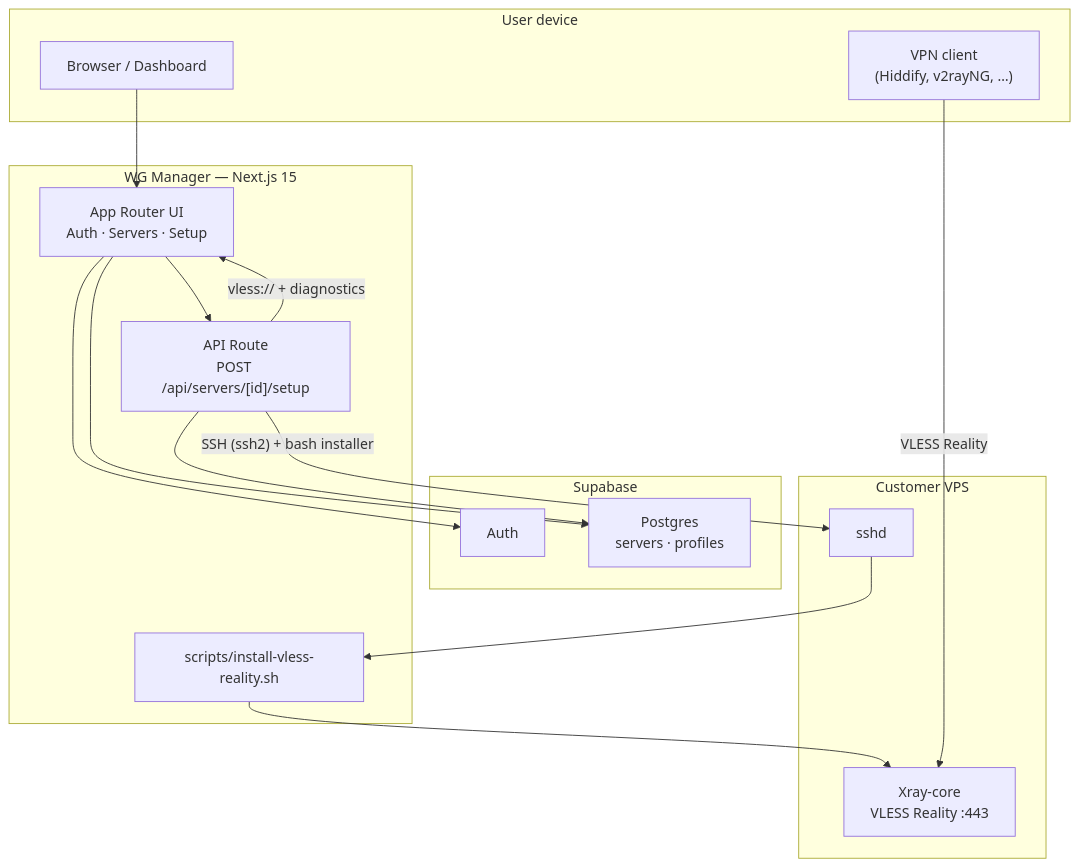
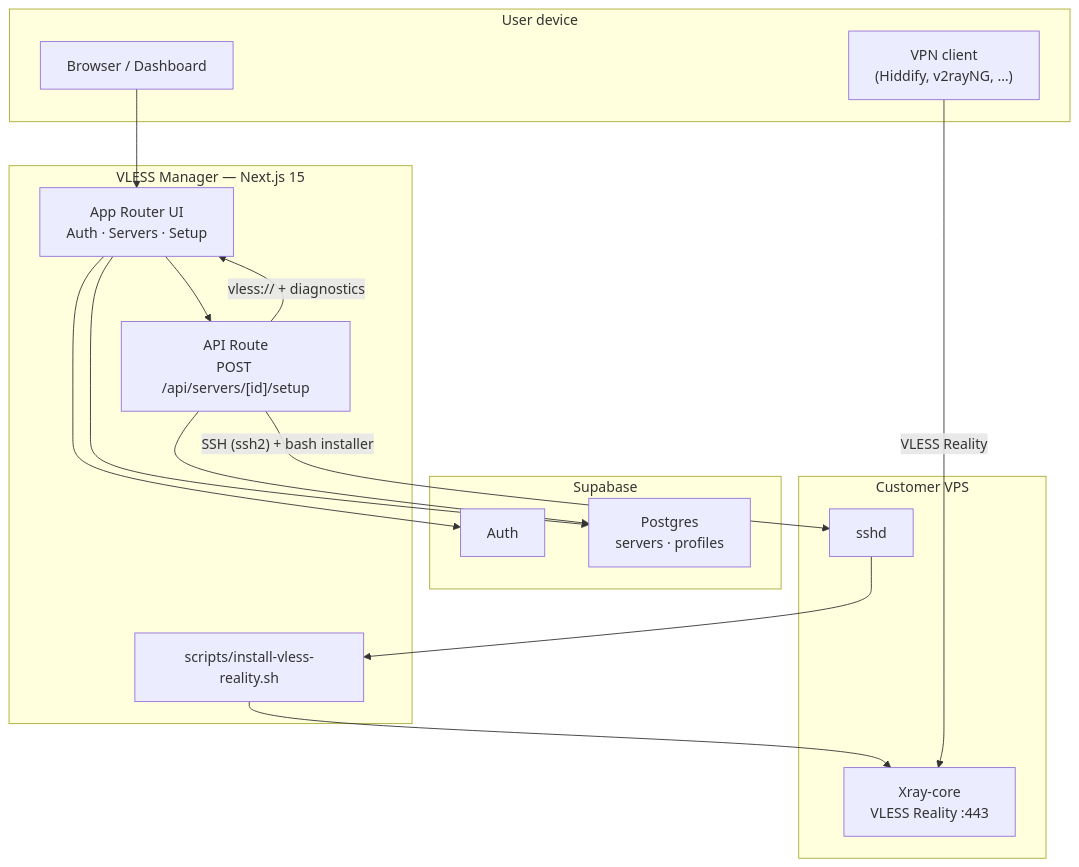
One commit to Leo-go/wg-manager changed the diagram in README.md. Above: the diagram before and after it, drawn with Mermaid. The commit also changed other lines of this file and 42 other files, not shown here.

First line of the commit message:
Ship VLESS Manager branding, SSH username, and RU relay UX polish.

````diff
--- a/README.md
+++ b/README.md
@@ -13,34 +15,34 @@
 ```mermaid
 flowchart TB
   subgraph Client["User device"]
     Browser["Browser / Dashboard"]
     Hiddify["VPN client<br/>(Hiddify, v2rayNG, …)"]
   end
 
-  subgraph App["WG Manager — Next.js 15"]
+  subgraph App["VLESS Manager — Next.js 15"]
     UI["App Router UI<br/>Auth · Servers · Setup"]
     API["API Route<br/>POST /api/servers/[id]/setup"]
     Script["scripts/install-vless-reality.sh"]
   end
 
   subgraph Cloud["Supabase"]
     Auth["Auth"]
     DB["Postgres<br/>servers · profiles"]
   end
 
   subgraph VPS["Customer VPS"]
     SSH["sshd"]
     Xray["Xray-core<br/>VLESS Reality :443"]
   end
 
   Browser --> UI
   UI --> Auth
   UI --> DB
   UI --> API
   API --> DB
   API -->|"SSH (ssh2) + bash installer"| SSH
   SSH --> Script
   Script --> Xray
   API -->|"vless:// + diagnostics"| UI
   Hiddify -->|"VLESS Reality"| Xray
 ```
````
